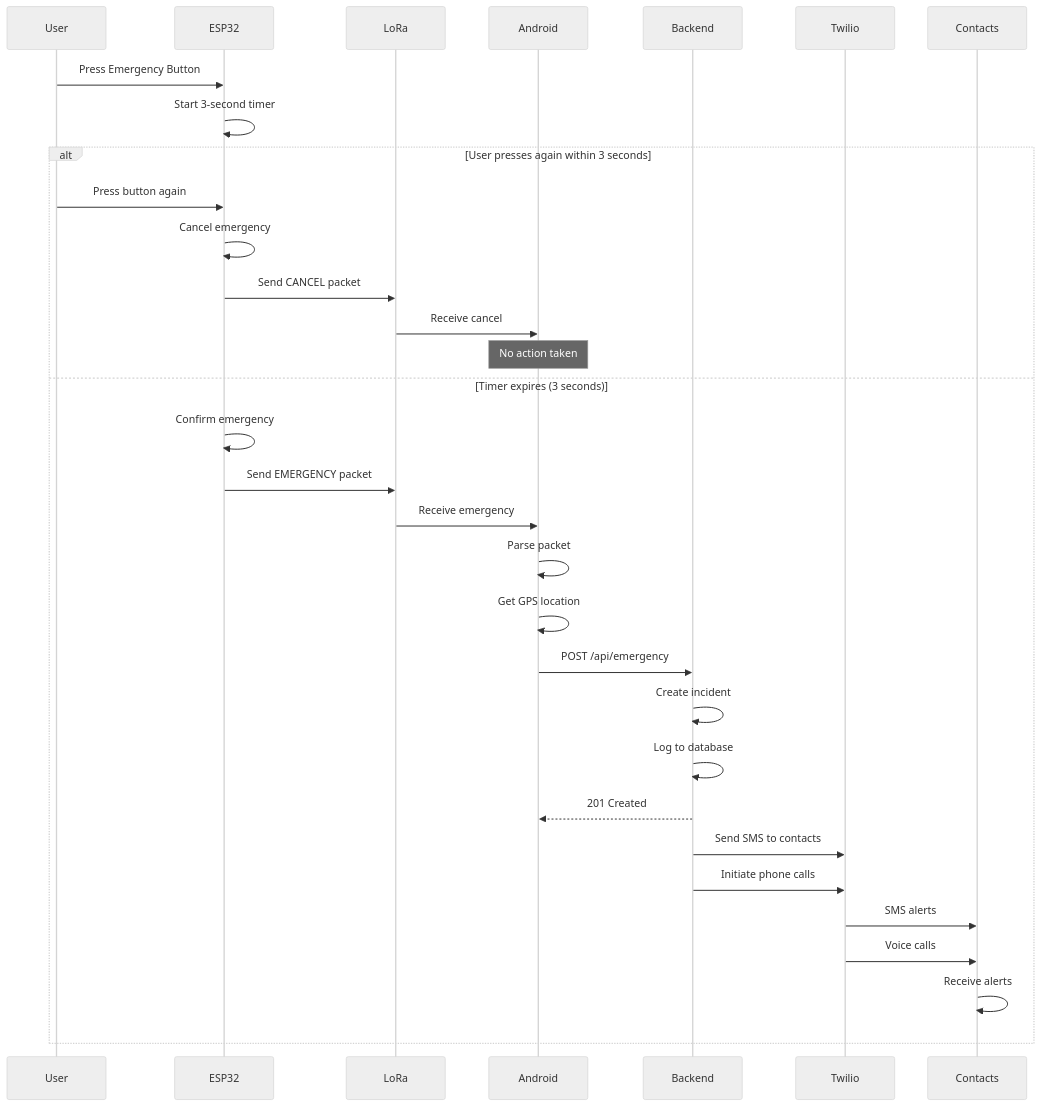
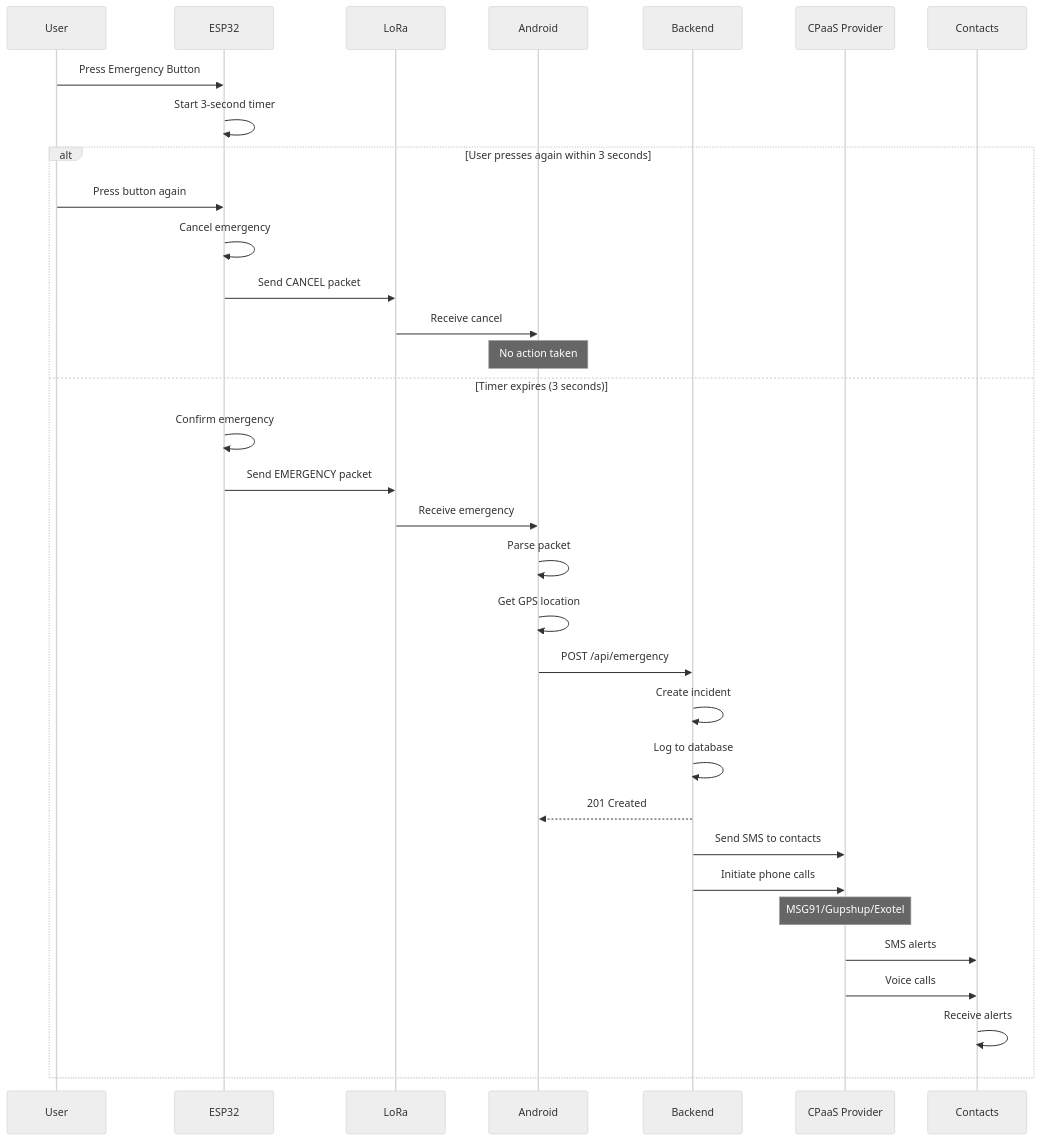
The diagram in WORKFLOW.md (Thewizardwomanlikeme/women-safety-system), drawn with Mermaid (neutral theme) before and after one commit. The commit also changed other lines of this file and 1 other file, not shown here.

Commit message:
docs: Update documentation to reflect CPaaS provider migration
- Replace Twilio references with MSG91/Gupshup/Exotel
- Update architecture diagrams to show provider abstraction
- Add multi-provider configuration examples
- Update workflow documentation with CPaaS provider flow

````diff
--- a/WORKFLOW.md
+++ b/WORKFLOW.md
@@ -7,36 +7,37 @@
 ```mermaid
 sequenceDiagram
     participant User
     participant ESP32
     participant LoRa
     participant Android
     participant Backend
-    participant Twilio
+    participant CPaaS as CPaaS Provider
     participant Contacts
 
     User->>ESP32: Press Emergency Button
     ESP32->>ESP32: Start 3-second timer
     
     alt User presses again within 3 seconds
         User->>ESP32: Press button again
         ESP32->>ESP32: Cancel emergency
         ESP32->>LoRa: Send CANCEL packet
         LoRa->>Android: Receive cancel
         Note over Android: No action taken
     else Timer expires (3 seconds)
         ESP32->>ESP32: Confirm emergency
         ESP32->>LoRa: Send EMERGENCY packet
         LoRa->>Android: Receive emergency
         Android->>Android: Parse packet
         Android->>Android: Get GPS location
         Android->>Backend: POST /api/emergency
         Backend->>Backend: Create incident
         Backend->>Backend: Log to database
         Backend-->>Android: 201 Created
-        Backend->>Twilio: Send SMS to contacts
-        Backend->>Twilio: Initiate phone calls
-        Twilio->>Contacts: SMS alerts
-        Twilio->>Contacts: Voice calls
+        Backend->>CPaaS: Send SMS to contacts
+        Backend->>CPaaS: Initiate phone calls
+        Note over CPaaS: MSG91/Gupshup/Exotel
+        CPaaS->>Contacts: SMS alerts
+        CPaaS->>Contacts: Voice calls
         Contacts->>Contacts: Receive alerts
     end
 ```
````
